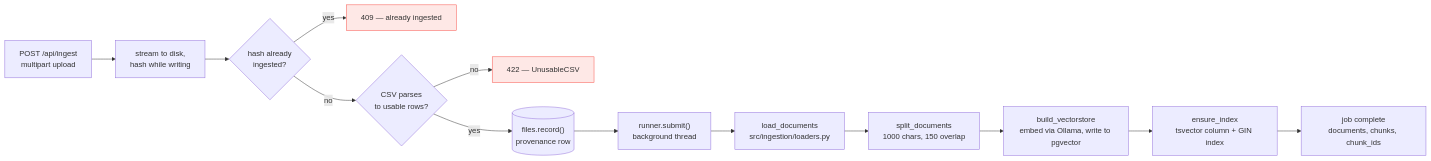
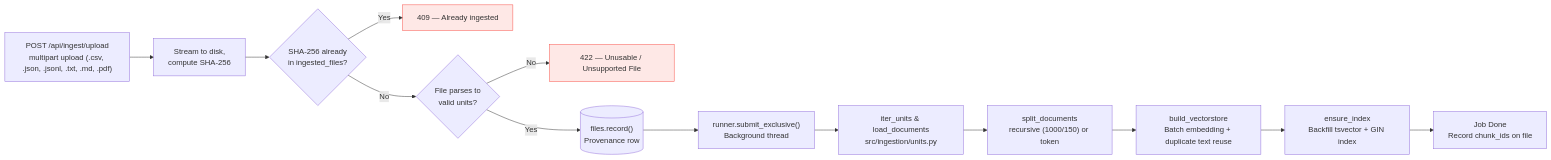
One commit to sroshan106/rag-trainer changed the third of 3 diagrams in ARCHITECTURE.md. Above: the diagram before and after it, drawn with Mermaid. The commit also changed other lines of this file and 49 other files, not shown here.

````diff
--- a/ARCHITECTURE.md
+++ b/ARCHITECTURE.md
@@ -120,19 +146,19 @@
 ```mermaid
 flowchart LR
-    UP["POST /api/ingest<br/>multipart upload"] --> HASH["stream to disk,<br/>hash while writing"]
-    HASH --> DEDUP{"hash already<br/>ingested?"}
-    DEDUP -->|yes| SKIP["409 — already ingested"]
-    DEDUP -->|no| PARSE{"CSV parses<br/>to usable rows?"}
-    PARSE -->|no| REJECT["422 — UnusableCSV"]
-    PARSE -->|yes| REC[("files.record()<br/>provenance row")]
-    REC --> SUBMIT["runner.submit()<br/>background thread"]
+    UP["POST /api/ingest/upload<br/>multipart upload (.csv, .json, .jsonl, .txt, .md, .pdf)"] --> HASH["Stream to disk,<br/>compute SHA-256"]
+    HASH --> DEDUP{"SHA-256 already<br/>in ingested_files?"}
+    DEDUP -->|Yes| SKIP["409 — Already ingested"]
+    DEDUP -->|No| PARSE{"File parses to<br/>valid units?"}
+    PARSE -->|No| REJECT["422 — Unusable / Unsupported File"]
+    PARSE -->|Yes| REC[("files.record()<br/>Provenance row")]
+    REC --> SUBMIT["runner.submit_exclusive()<br/>Background thread"]
 
-    SUBMIT --> P1["load_documents<br/>src/ingestion/loaders.py"]
-    P1 --> P2["split_documents<br/>1000 chars, 150 overlap"]
-    P2 --> P3["build_vectorstore<br/>embed via Ollama, write to pgvector"]
-    P3 --> P4["ensure_index<br/>tsvector column + GIN index"]
-    P4 --> OK["job complete<br/>documents, chunks, chunk_ids"]
+    SUBMIT --> P1["iter_units & load_documents<br/>src/ingestion/units.py"]
+    P1 --> P2["split_documents<br/>recursive (1000/150) or token"]
+    P2 --> P3["build_vectorstore<br/>Batch embedding + duplicate text reuse"]
+    P3 --> P4["ensure_index<br/>Backfill tsvector + GIN index"]
+    P4 --> OK["Job Done<br/>Record chunk_ids on file"]
 
     classDef bad fill:#f8514922,stroke:#f85149
     class SKIP,REJECT bad
 ```
````
